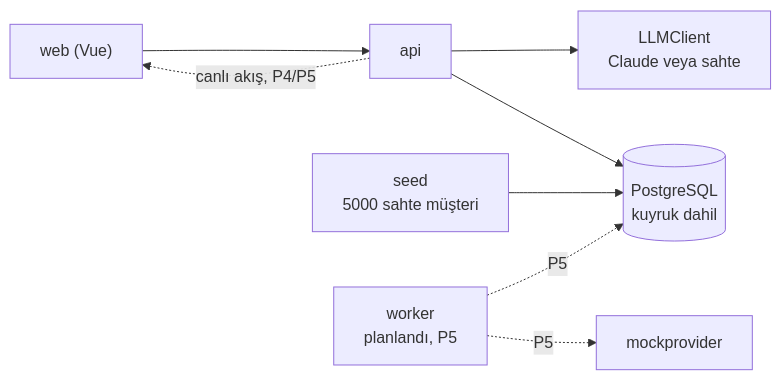
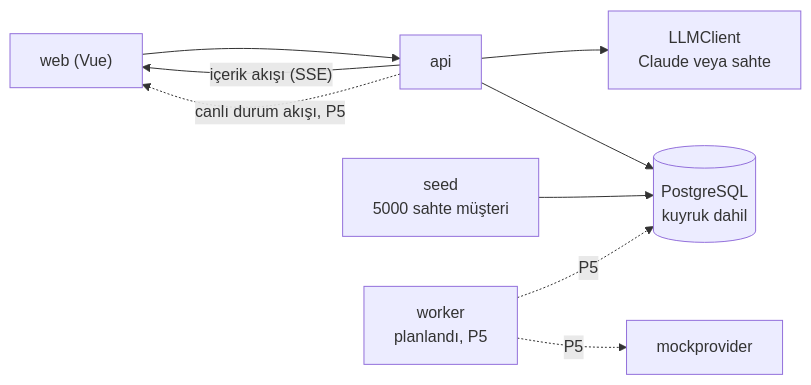
One commit to gulcint/smart-campaign-composer changed the third of 3 diagrams in README.md. Above: the diagram before and after it, drawn with Mermaid. The commit also changed other lines of this file and 1 other file, not shown here.

````diff
--- a/README.md
+++ b/README.md
@@ -64,18 +64,19 @@
 ```mermaid
 flowchart LR
   web["web (Vue)"]
   api["api"]
   llm["LLMClient<br/>Claude veya sahte"]
   db[("PostgreSQL<br/>kuyruk dahil")]
   seed["seed<br/>5000 sahte müşteri"]
   worker["worker<br/>planlandı, P5"]
   mock["mockprovider"]
 
   web --> api
-  api -. "canlı akış, P4/P5" .-> web
+  api -- "içerik akışı (SSE)" --> web
+  api -. "canlı durum akışı, P5" .-> web
   api --> llm
   api --> db
   seed --> db
   worker -. "P5" .-> db
   worker -. "P5" .-> mock
 ```
````
